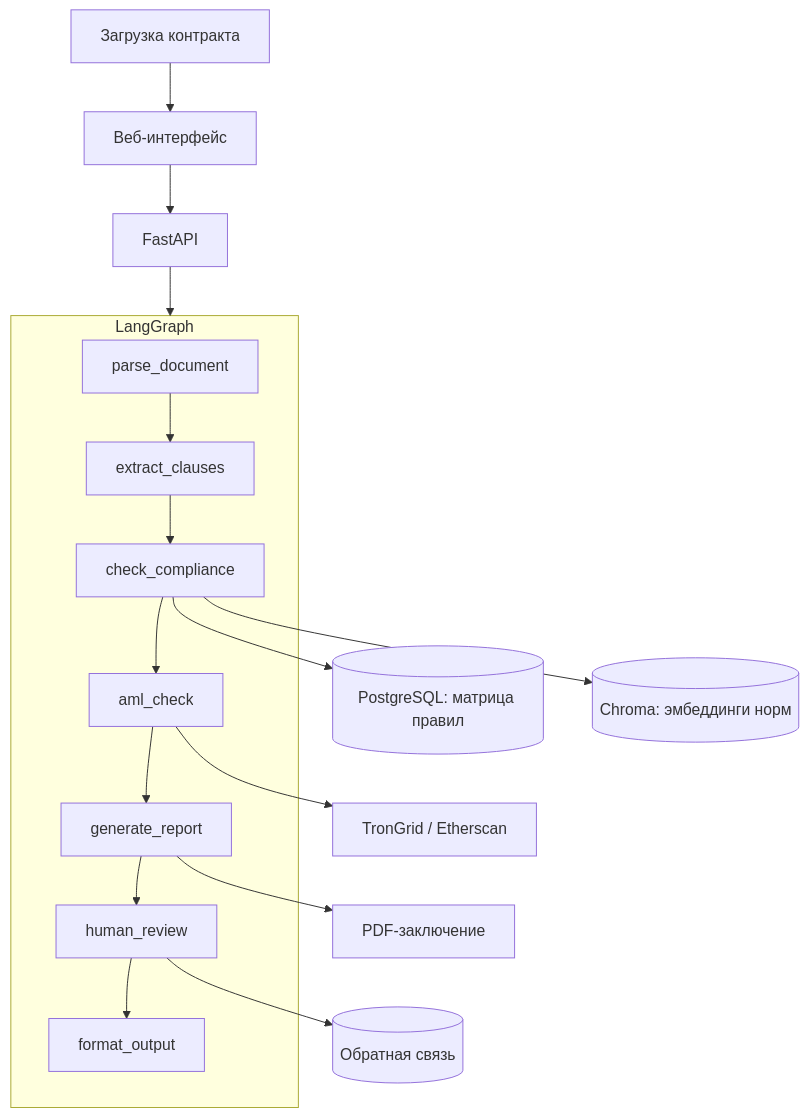
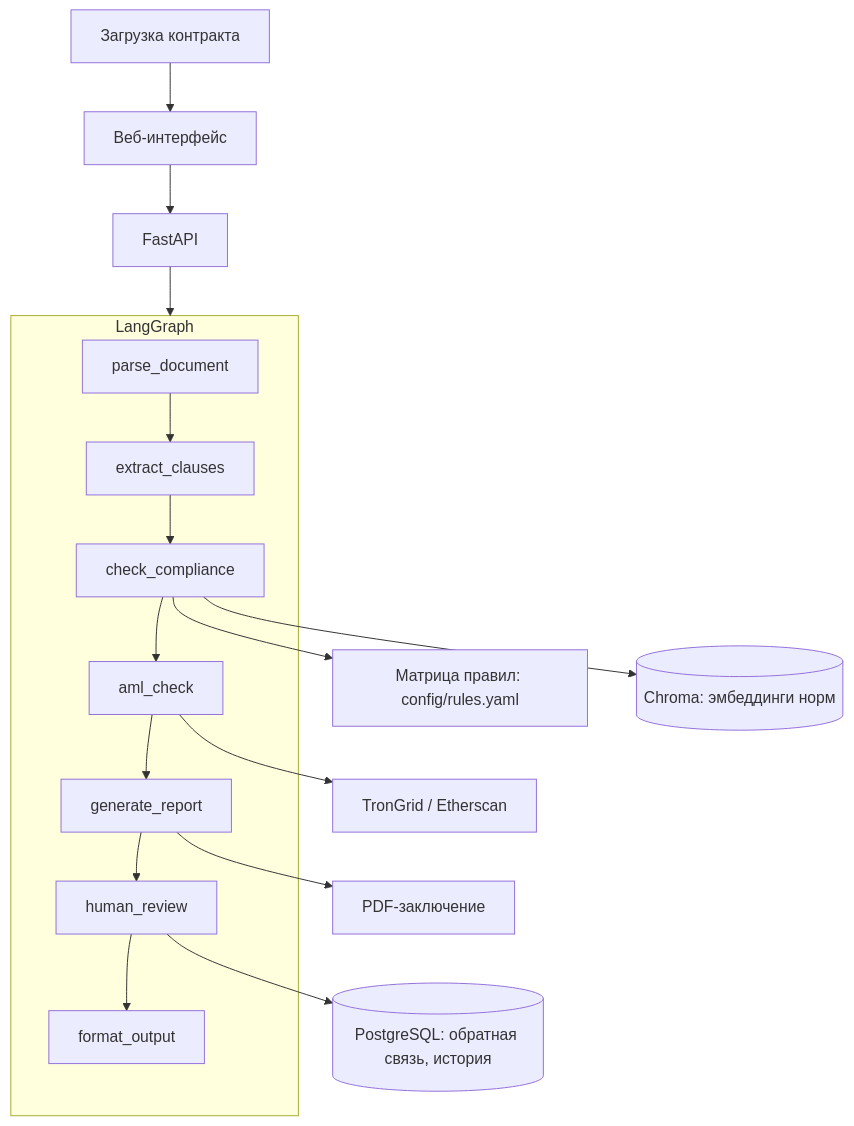
The diagram in README.md (NikitaMok/LexCryptoAI), drawn with Mermaid before and after one commit.

Commit message:
Схема в README: матрица правил читается из config/rules.yaml, PostgreSQL остаётся под историю и обратную связь

````diff
--- a/README.md
+++ b/README.md
@@ -85,21 +85,21 @@
 ```mermaid
 flowchart TD
     User[Загрузка контракта] --> Web[Веб-интерфейс]
     Web --> API[FastAPI]
     API --> Agent[LangGraph]
 
     subgraph Agent[LangGraph]
         N1[parse_document] --> N2[extract_clauses]
         N2 --> N3[check_compliance]
         N3 --> N4[aml_check]
         N4 --> N5[generate_report]
         N5 --> N6[human_review]
         N6 --> N7[format_output]
     end
 
-    N3 --> RulesDB[(PostgreSQL: матрица правил)]
+    N3 --> Rules[Матрица правил: config/rules.yaml]
     N3 --> VectorDB[(Chroma: эмбеддинги норм)]
     N4 --> RPC[TronGrid / Etherscan]
     N5 --> Report[PDF-заключение]
-    N6 --> Feedback[(Обратная связь)]
+    N6 --> Feedback[(PostgreSQL: обратная связь, история)]
 ```
````
